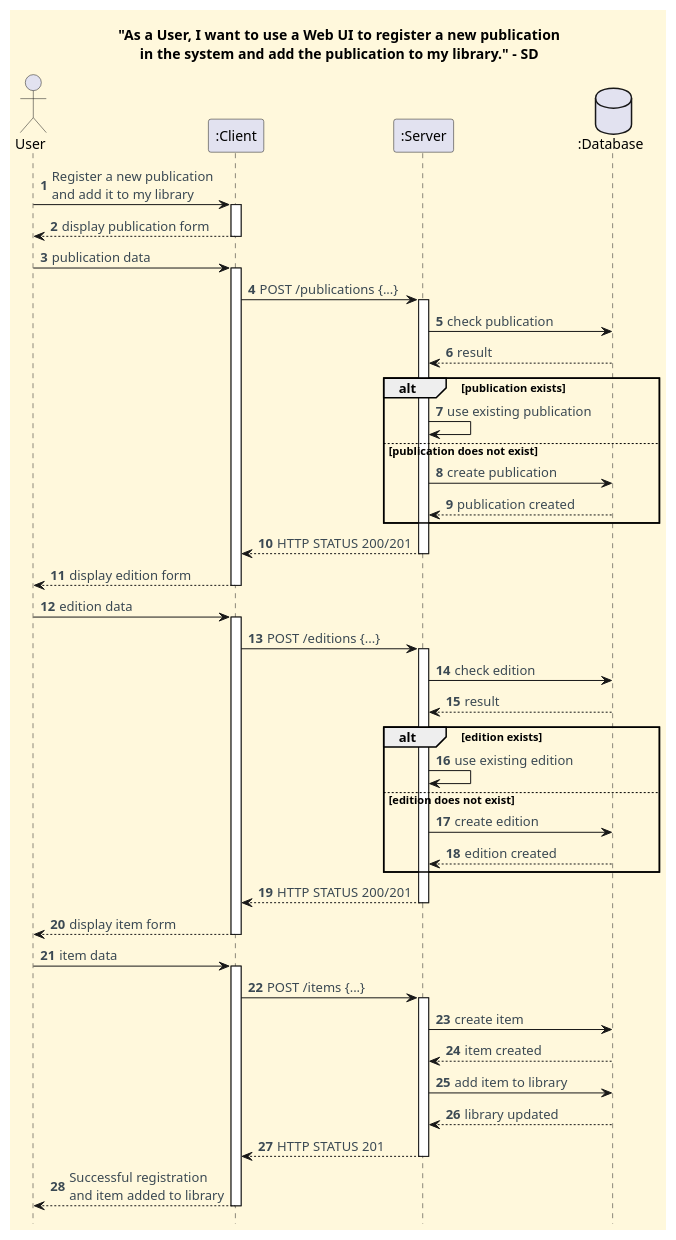
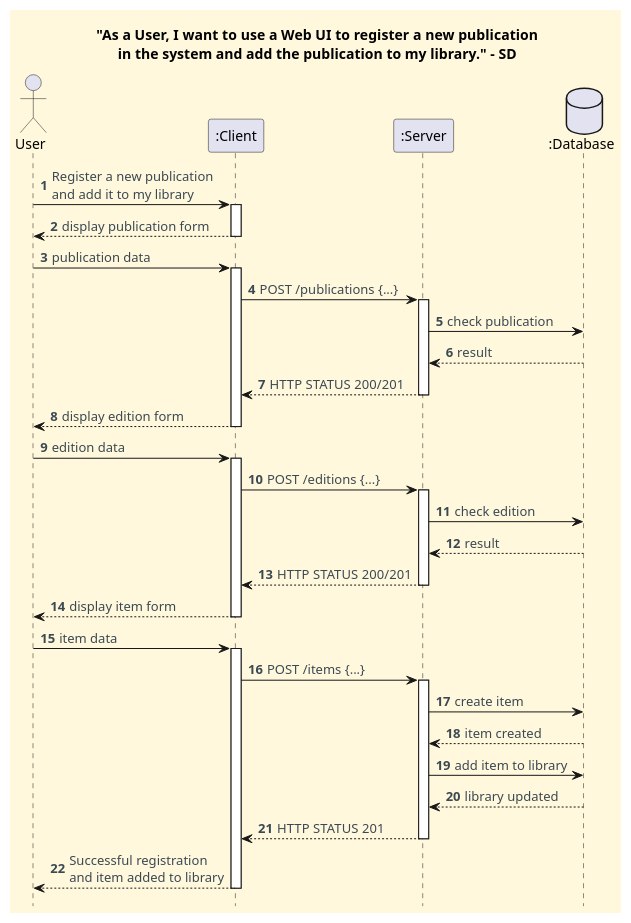
Before and after one commit to CarolinaLeite-collab/JavaMarketplacePlatform: the diagram in docs/client-server-diagrams/register_publication_and_add_to_library/Process_View_SD.puml, drawn with PlantUML. The commit also changed 1 other file, not shown here.

```diff
--- a/docs/client-server-diagrams/register_publication_and_add_to_library/Process_View_SD.puml
+++ b/docs/client-server-diagrams/register_publication_and_add_to_library/Process_View_SD.puml
@@ -1,86 +1,72 @@
 @startuml
 '==== Title ====
 title "As a User, I want to use a Web UI to register a new publication\nin the system and add the publication to my library." - SD
 
 '==== basic style ====
 skinparam monochrome false
 skinparam shadowing false
 skinparam defaultFontName Futura
 skinparam objectFontSize 20
 skinparam backgroundColor CornSilk
 skinparam objectBackgroundColor WhiteSmoke
 skinparam noteBackgroundColor #FFFFE0
 skinparam ArrowFontColor #3B4953
 skinparam ActivationBackgroundColor black
 hidefootbox
 autonumber
 
 ' ==== Actor and participants ====
 actor User
 participant ":Client" as CLI
 participant ":Server" as SER
 database ":Database" as DB
 
 User -> CLI : Register a new publication\nand add it to my library
 activate CLI
 CLI --> User : display publication form
 deactivate CLI
 
 User -> CLI : publication data
 activate CLI
 CLI -> SER : POST /publications {...}
 activate SER
 
 SER -> DB : check publication
 DB --> SER : result
 
-alt publication exists
-    SER -> SER : use existing publication
-else publication does not exist
-    SER -> DB : create publication
-    DB --> SER : publication created
-end
-
 SER --> CLI : HTTP STATUS 200/201
 deactivate SER
 CLI --> User : display edition form
 deactivate CLI
 
 User -> CLI : edition data
 activate CLI
 CLI -> SER : POST /editions {...}
 activate SER
 
 SER -> DB : check edition
 DB --> SER : result
-
-alt edition exists
-    SER -> SER : use existing edition
-else edition does not exist
-    SER -> DB : create edition
-    DB --> SER : edition created
-end
 
 SER --> CLI : HTTP STATUS 200/201
 deactivate SER
 CLI --> User : display item form
 deactivate CLI
 
 User -> CLI : item data
 activate CLI
 CLI -> SER : POST /items {...}
 activate SER
 
 SER -> DB : create item
 DB --> SER : item created
 
 SER -> DB : add item to library
 DB --> SER : library updated
 
 SER --> CLI : HTTP STATUS 201
 deactivate SER
 
 CLI --> User : Successful registration\nand item added to library
 deactivate CLI
 
 @enduml
```
